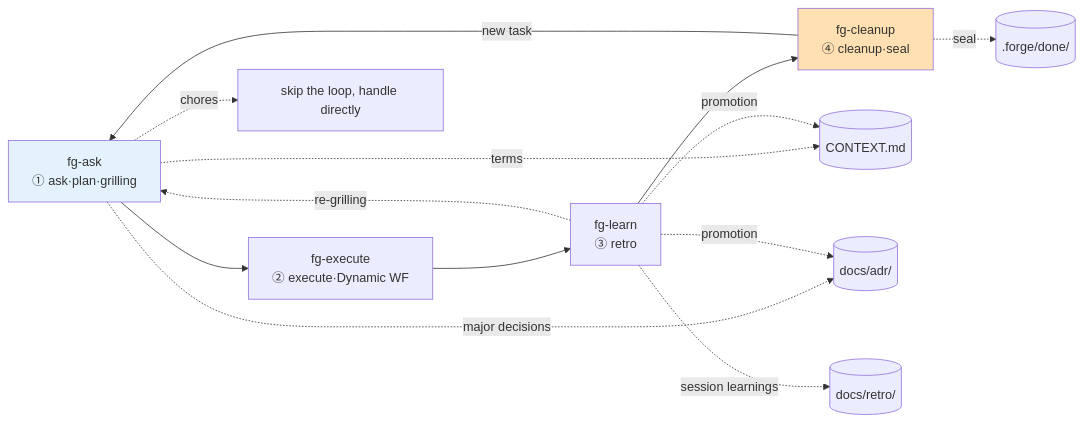
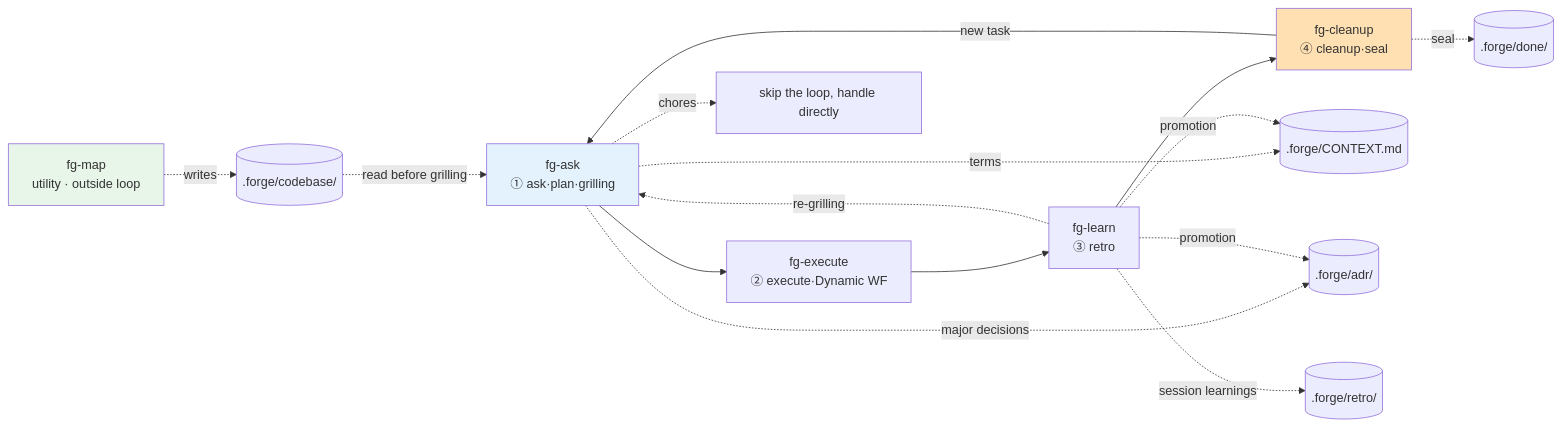
The diagram in README.md (gyuha/forge), drawn with Mermaid before and after one commit. The commit also changed other lines of this file and 17 other files, not shown here.

````diff
--- a/README.md
+++ b/README.md
@@ -32,17 +33,20 @@
 ```mermaid
 flowchart LR
     A[fg-ask<br/>① ask·plan·grilling] --> E[fg-execute<br/>② execute·Dynamic WF]
     E --> L[fg-learn<br/>③ retro]
     L --> C[fg-cleanup<br/>④ cleanup·seal]
     L -.re-grilling.-> A
     C -->|new task| A
     A -.chores.-> X[skip the loop, handle directly]
-    A -.terms.-> CTX[(CONTEXT.md)]
-    A -.major decisions.-> ADR[(docs/adr/)]
+    A -.terms.-> CTX[(.forge/CONTEXT.md)]
+    A -.major decisions.-> ADR[(.forge/adr/)]
     L -.promotion.-> CTX
     L -.promotion.-> ADR
-    L -.session learnings.-> RETRO[(docs/retro/)]
+    L -.session learnings.-> RETRO[(.forge/retro/)]
     C -.seal.-> DONE[(.forge/done/)]
+    MAP[fg-map<br/>utility · outside loop] -.writes.-> CB[(.forge/codebase/)]
+    CB -.read before grilling.-> A
     style A fill:#e3f2fd
     style C fill:#ffe0b2
+    style MAP fill:#e8f5e9
 ```
````
